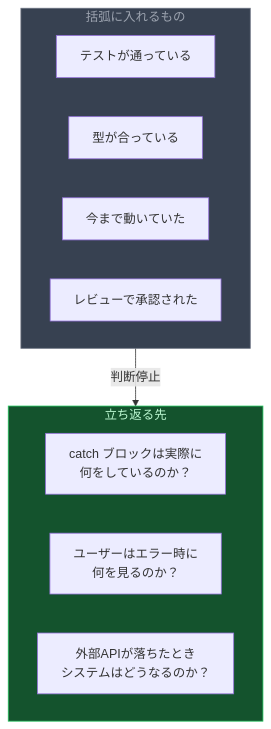
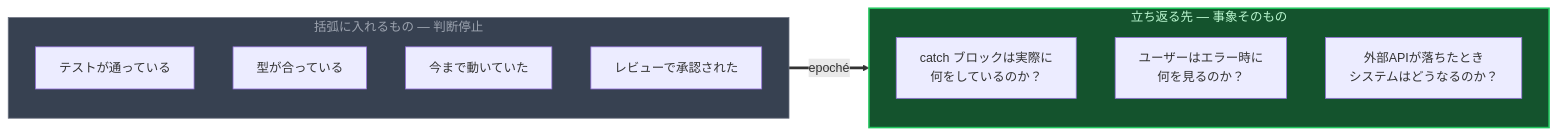
One commit to ohyesiamy/web-anomaly-detector changed the tenth of 13 diagrams in ABSTRACT.md. Above: the diagram before and after it, drawn with Mermaid. The commit also changed other lines of this file and 1 other file, not shown here.

First line of the commit message:
docs: Mermaid ダイアグラムでビジュアル大幅強化

````diff
--- a/ABSTRACT.md
+++ b/ABSTRACT.md
@@ -313,20 +366,20 @@
 ```mermaid
-graph TB
-    subgraph Bracket["括弧に入れるもの"]
+graph LR
+    subgraph Bracket["括弧に入れるもの — 判断停止"]
         A1["テストが通っている"]
         A2["型が合っている"]
         A3["今まで動いていた"]
         A4["レビューで承認された"]
     end
 
-    subgraph Return["立ち返る先"]
+    subgraph Return["立ち返る先 — 事象そのもの"]
         B1["catch ブロックは実際に\n何をしているのか？"]
         B2["ユーザーはエラー時に\n何を見るのか？"]
         B3["外部APIが落ちたとき\nシステムはどうなるのか？"]
     end
 
-    Bracket -->|"判断停止"| Return
+    Bracket ==>|"epoché"| Return
 
     style Bracket fill:#374151,stroke:#6b7280,color:#9ca3af
-    style Return fill:#14532d,stroke:#22c55e,color:#bbf7d0
+    style Return fill:#14532d,stroke:#22c55e,color:#bbf7d0,stroke-width:2px
 ```
````
